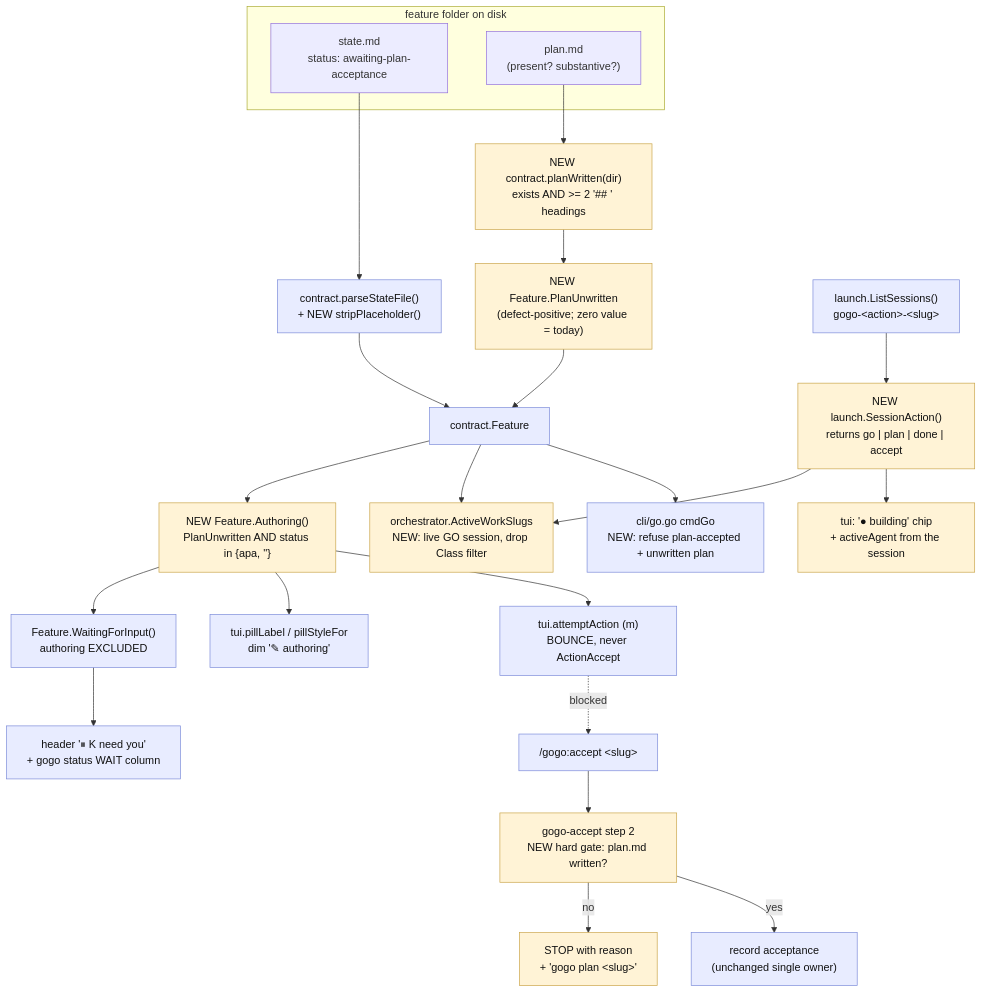
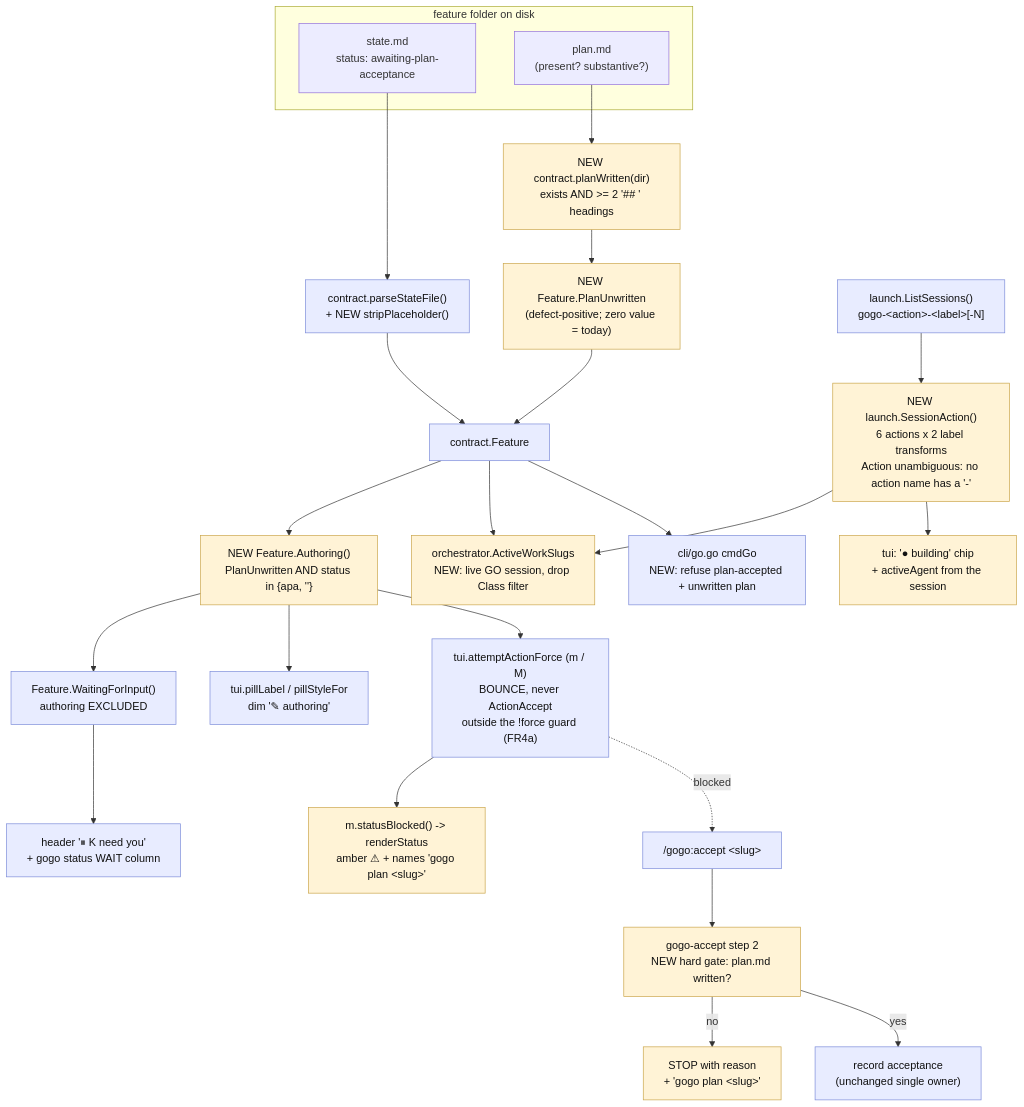
One commit to ZawadzkiB/gogo changed the first of 3 diagrams in .gogo/work/feature-plan-readiness-gate/plan.md. Above: the diagram before and after it, drawn with Mermaid. The commit also changed other lines of this file and 97 other files, not shown here.

````diff
--- a/.gogo/work/feature-plan-readiness-gate/plan.md
+++ b/.gogo/work/feature-plan-readiness-gate/plan.md
@@ -308,39 +534,40 @@
 ```mermaid
 flowchart TD
   subgraph disk["feature folder on disk"]
     st["state.md<br/>status: awaiting-plan-acceptance"]
     pm["plan.md<br/>(present? substantive?)"]
   end
 
   st --> parse["contract.parseStateFile()<br/>+ NEW stripPlaceholder()"]
   pm --> pw["NEW contract.planWritten(dir)<br/>exists AND &gt;= 2 '## ' headings"]
 
   parse --> feat["contract.Feature"]
   pw --> flag["NEW Feature.PlanUnwritten<br/>(defect-positive; zero value = today)"]
   flag --> feat
 
   feat --> auth["NEW Feature.Authoring()<br/>PlanUnwritten AND status in {apa, ''}"]
 
   auth --> wfi["Feature.WaitingForInput()<br/>authoring EXCLUDED"]
   auth --> pill["tui.pillLabel / pillStyleFor<br/>dim '✎ authoring'"]
-  auth --> mv["tui.attemptAction (m)<br/>BOUNCE, never ActionAccept"]
+  auth --> mv["tui.attemptActionForce (m / M)<br/>BOUNCE, never ActionAccept<br/>outside the !force guard (FR4a)"]
+  mv --> sev["m.statusBlocked() -&gt; renderStatus<br/>amber ⚠ + names 'gogo plan &lt;slug&gt;'"]
 
   wfi --> hdr["header '⏸ K need you'<br/>+ gogo status WAIT column"]
 
   mv -.->|blocked| acc["/gogo:accept &lt;slug&gt;"]
   acc --> g2["gogo-accept step 2<br/>NEW hard gate: plan.md written?"]
   g2 -->|no| stop["STOP with reason<br/>+ 'gogo plan &lt;slug&gt;'"]
   g2 -->|yes| rec["record acceptance<br/>(unchanged single owner)"]
 
-  sess["launch.ListSessions()<br/>gogo-&lt;action&gt;-&lt;slug&gt;"] --> sa["NEW launch.SessionAction()<br/>returns go | plan | done | accept"]
+  sess["launch.ListSessions()<br/>gogo-&lt;action&gt;-&lt;label&gt;[-N]"] --> sa["NEW launch.SessionAction()<br/>6 actions x 2 label transforms<br/>Action unambiguous: no action name has a '-'"]
   sa --> capf["orchestrator.ActiveWorkSlugs<br/>NEW: live GO session, drop Class filter"]
   sa --> cue["tui: '● building' chip<br/>+ activeAgent from the session"]
   feat --> capf
 
   feat --> go["cli/go.go cmdGo<br/>NEW: refuse plan-accepted + unwritten plan"]
 
   classDef new fill:#fff3d6,stroke:#caa54a,color:#111
   classDef reuse fill:#e8ecff,stroke:#7c8bd9,color:#111
-  class pw,flag,auth,g2,stop,sa,capf,cue new
+  class pw,flag,auth,g2,stop,sa,capf,cue,sev new
   class parse,feat,wfi,pill,mv,hdr,acc,rec,go,sess reuse
 ```
````
